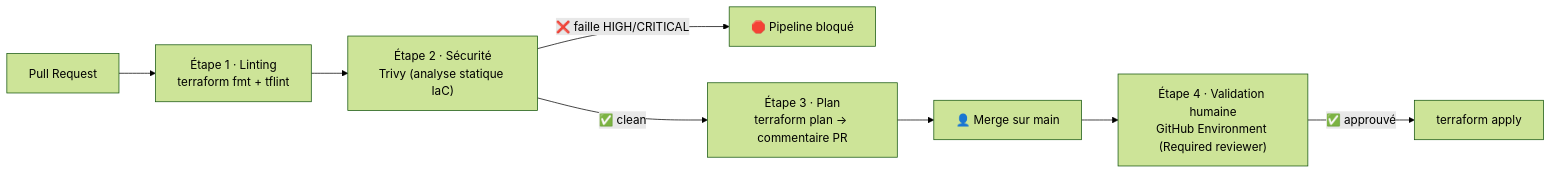
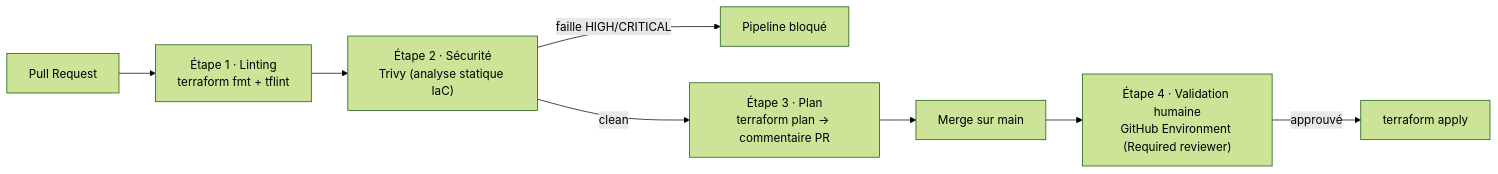
Before and after one commit to toriyama237/terraform-devsecops-pipeline: the diagram in README.md, drawn with Mermaid (forest theme). The commit also changed other lines of this file, not shown here.

````diff
--- a/README.md
+++ b/README.md
@@ -18,10 +12,10 @@
 ```mermaid
 flowchart LR
     A[Pull Request] --> B["Étape 1 · Linting<br/>terraform fmt + tflint"]
     B --> C["Étape 2 · Sécurité<br/>Trivy (analyse statique IaC)"]
-    C -->|❌ faille HIGH/CRITICAL| X[🛑 Pipeline bloqué]
-    C -->|✅ clean| D["Étape 3 · Plan<br/>terraform plan → commentaire PR"]
-    D --> E[👤 Merge sur main]
+    C -->| faille HIGH/CRITICAL| X[ Pipeline bloqué]
+    C -->| clean| D["Étape 3 · Plan<br/>terraform plan → commentaire PR"]
+    D --> E[ Merge sur main]
     E --> F["Étape 4 · Validation humaine<br/>GitHub Environment (Required reviewer)"]
-    F -->|✅ approuvé| G["terraform apply"]
+    F -->|approuvé| G["terraform apply"]
 ```
````
